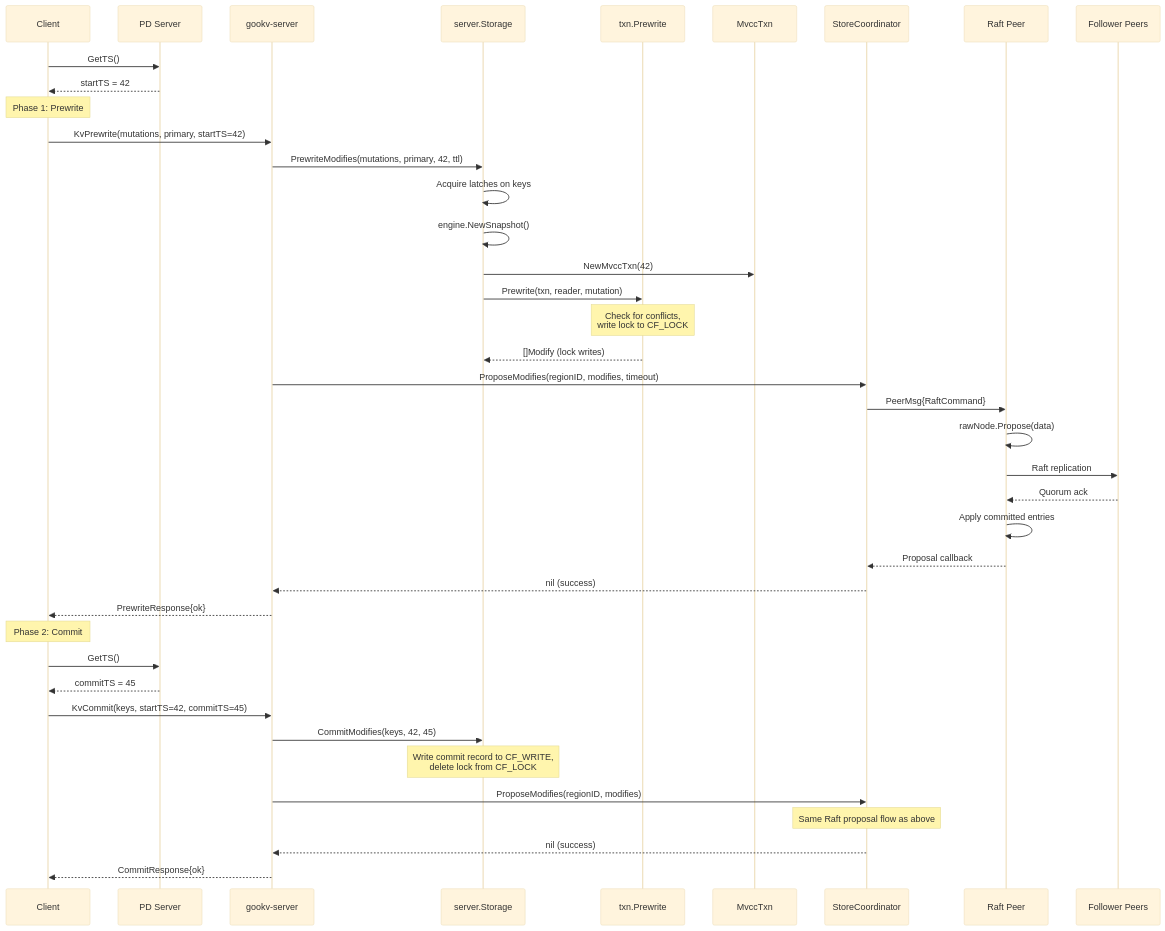
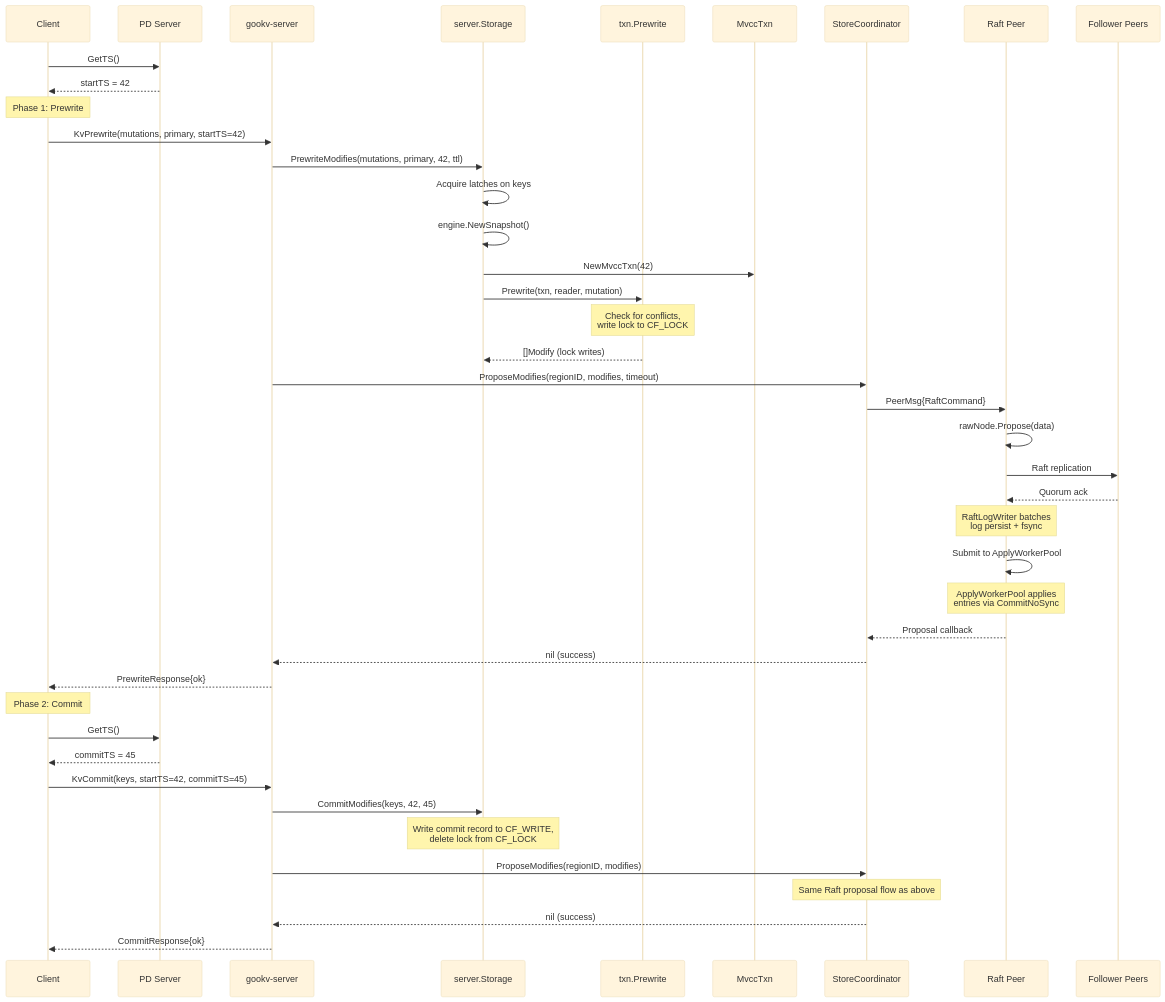
Before and after one commit to ryogrid/gookvs: the fifth of 14 diagrams in gookv-design/01_architecture_overview.md, drawn with Mermaid (base theme). The commit also changed other lines of this file and 17 other files, not shown here.

````diff
--- a/gookv-design/01_architecture_overview.md
+++ b/gookv-design/01_architecture_overview.md
@@ -454,50 +467,54 @@
 ```mermaid
 sequenceDiagram
     participant Client
     participant PD as PD Server
     participant Server as gookv-server
     participant Storage as server.Storage
     participant TXN as txn.Prewrite
     participant MvccTxn as MvccTxn
     participant Coord as StoreCoordinator
     participant Peer as Raft Peer
     participant Followers as Follower Peers
 
     Client->>PD: GetTS()
     PD-->>Client: startTS = 42
 
     Note over Client: Phase 1: Prewrite
 
     Client->>Server: KvPrewrite(mutations, primary, startTS=42)
     Server->>Storage: PrewriteModifies(mutations, primary, 42, ttl)
     Storage->>Storage: Acquire latches on keys
     Storage->>Storage: engine.NewSnapshot()
     Storage->>MvccTxn: NewMvccTxn(42)
     Storage->>TXN: Prewrite(txn, reader, mutation)
     Note over TXN: Check for conflicts,<br/>write lock to CF_LOCK
     TXN-->>Storage: []Modify (lock writes)
 
     Server->>Coord: ProposeModifies(regionID, modifies, timeout)
     Coord->>Peer: PeerMsg{RaftCommand}
     Peer->>Peer: rawNode.Propose(data)
     Peer->>Followers: Raft replication
     Followers-->>Peer: Quorum ack
-    Peer->>Peer: Apply committed entries
+
+    Note over Peer: RaftLogWriter batches<br/>log persist + fsync
+
+    Peer->>Peer: Submit to ApplyWorkerPool
+    Note over Peer: ApplyWorkerPool applies<br/>entries via CommitNoSync
     Peer-->>Coord: Proposal callback
     Coord-->>Server: nil (success)
 
     Server-->>Client: PrewriteResponse{ok}
 
     Note over Client: Phase 2: Commit
 
     Client->>PD: GetTS()
     PD-->>Client: commitTS = 45
 
     Client->>Server: KvCommit(keys, startTS=42, commitTS=45)
     Server->>Storage: CommitModifies(keys, 42, 45)
     Note over Storage: Write commit record to CF_WRITE,<br/>delete lock from CF_LOCK
     Server->>Coord: ProposeModifies(regionID, modifies)
     Note over Coord: Same Raft proposal flow as above
     Coord-->>Server: nil (success)
     Server-->>Client: CommitResponse{ok}
 ```
````
